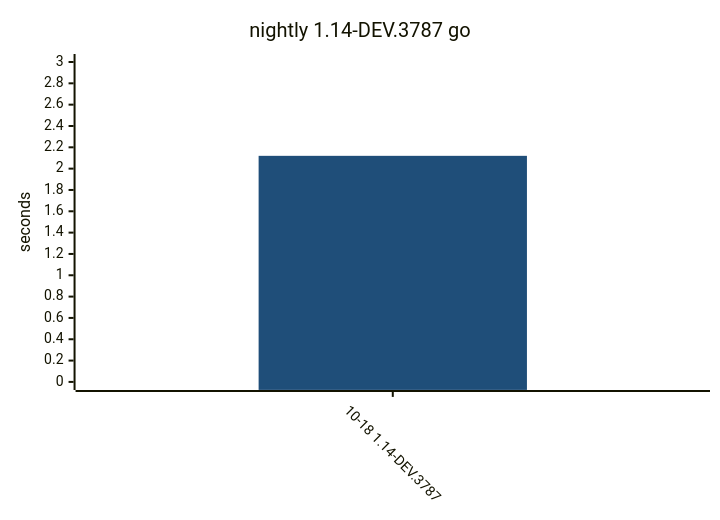
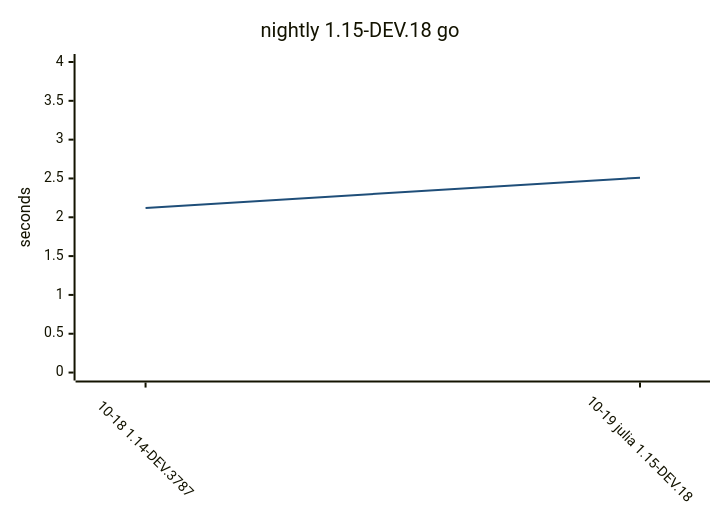
Before and after one commit to yamanori99/DistSSHKit.jl: diagram 11 of 12 in README.md, drawn with Mermaid. The commit also changed other lines of this file and 1 other file, not shown here.

Commit message:
Record compile bench for nightly.

````diff
--- a/README.md
+++ b/README.md
@@ -369,17 +371,17 @@
 ```mermaid
 ---
 config:
   theme: base
   themeVariables:
     xyChart:
       plotColorPalette: "#1f4e79"
   xyChart:
     xAxis:
       labelRotation: 45
 ---
 xychart-beta
-    title "nightly 1.14-DEV.3787 go"
-    x-axis ["10-18 1.14-DEV.3787"]
-    y-axis "seconds" 0 --> 3
-    bar [2.12]
+    title "nightly 1.15-DEV.18 go"
+    x-axis ["10-18 1.14-DEV.3787", "10-19 julia 1.15-DEV.18"]
+    y-axis "seconds" 0 --> 4
+    line [2.12, 2.51]
 ```
````
